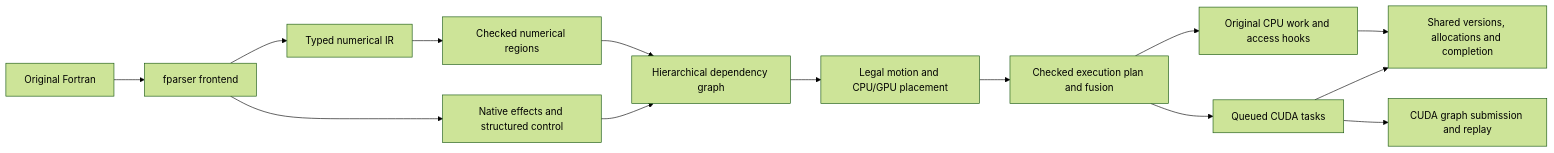
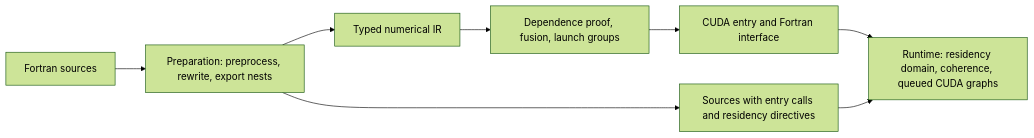
The diagram in compiler/README.md (jiriklepl/fortran-to-cuda), drawn with Mermaid (forest theme) before and after one commit. The commit also changed other lines of this file and 663 other files, not shown here.

````diff
--- a/compiler/README.md
+++ b/compiler/README.md
@@ -47,16 +39,10 @@
 ```mermaid
 flowchart LR
-    F[Original Fortran] --> P[fparser frontend]
+    F[Fortran sources] --> P[Preparation: preprocess, rewrite, export nests]
     P --> I[Typed numerical IR]
-    P --> N[Native effects and structured control]
-    I --> A[Checked numerical regions]
-    A --> T[Hierarchical dependency graph]
-    N --> T
-    T --> S[Legal motion and CPU/GPU placement]
-    S --> E[Checked execution plan and fusion]
-    E --> C[Original CPU work and access hooks]
-    E --> G[Queued CUDA tasks]
-    C --> R[Shared versions, allocations and completion]
-    G --> R
-    G --> Q[CUDA graph submission and replay]
+    I --> A[Dependence proof, fusion, launch groups]
+    A --> G[CUDA entry and Fortran interface]
+    P --> S[Sources with entry calls and residency directives]
+    G --> R[Runtime: residency domain, coherence, queued CUDA graphs]
+    S --> R
 ```
````
